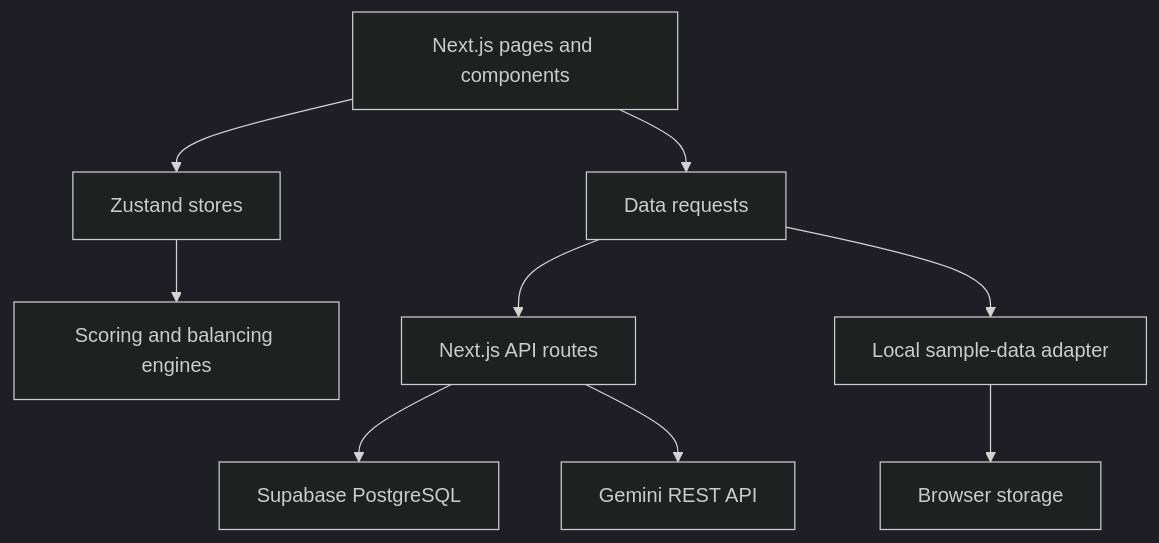
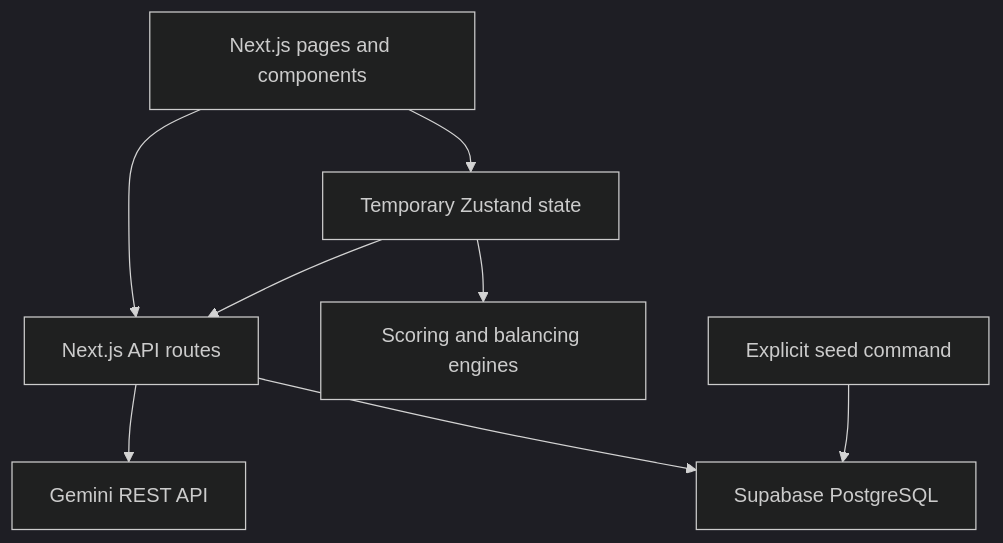
One commit to sharmaji-om/gully-cricket changed the diagram in README.md. Above: the diagram before and after it, drawn with Mermaid (dark theme). The commit also changed other lines of this file and 33 other files, not shown here.

Commit message:
Use Supabase as the only data source and seed cricket data

````diff
--- a/README.md
+++ b/README.md
@@ -135,11 +94,10 @@
 ```mermaid
 flowchart TD
-    UI["Next.js pages and components"] --> State["Zustand stores"]
-    State --> Engines["Scoring and balancing engines"]
-    UI --> Data["Data requests"]
-    Data --> API["Next.js API routes"]
-    Data --> Local["Local sample-data adapter"]
-    Local --> Storage["Browser storage"]
+    UI["Next.js pages and components"] --> State["Temporary Zustand state"]
+    State --> Cricket["Scoring and balancing engines"]
+    State --> API["Next.js API routes"]
+    UI --> API
     API --> DB["Supabase PostgreSQL"]
     API --> AI["Gemini REST API"]
+    Seed["Explicit seed command"] --> DB
 ```
````
